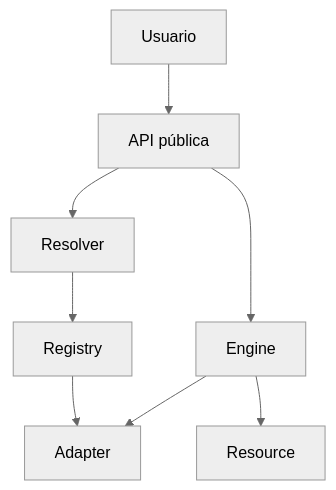
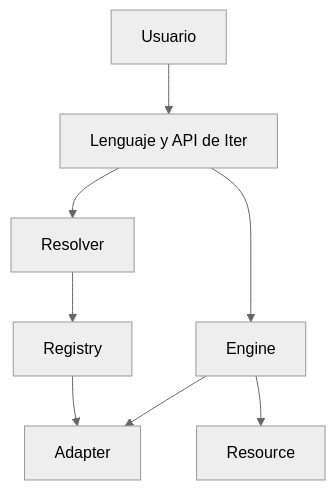
One commit to Martinmanhue/Martinmanhue changed the diagram in README.md. Above: the diagram before and after it, drawn with Mermaid (neutral theme). The commit also changed other lines of this file, not shown here.

Commit message:
Muestra la experiencia de Iter sin imports ni código auxiliar

````diff
--- a/README.md
+++ b/README.md
@@ -81,10 +85,10 @@
 ```mermaid
 flowchart TD
-    U[Usuario] --> API[API pública]
-    API --> R[Resolver]
+    U[Usuario] --> L[Lenguaje y API de Iter]
+    L --> R[Resolver]
     R --> G[Registry]
     G --> A[Adapter]
-    API --> E[Engine]
+    L --> E[Engine]
     E --> A
     E --> X[Resource]
 ```
````
